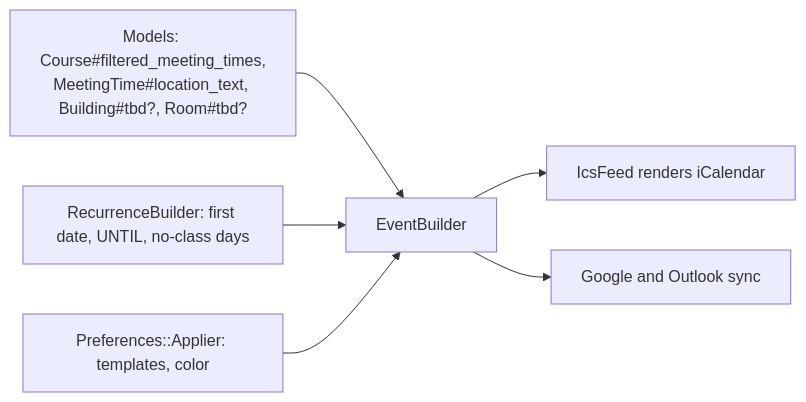
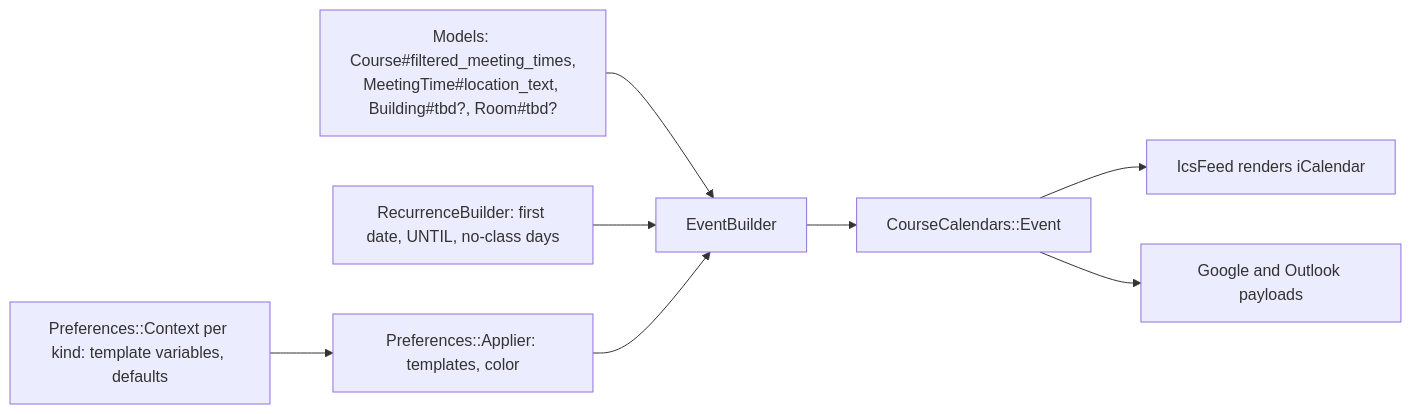
Before and after one commit to WITCodingClub/calendar-backend: the first of 2 diagrams in docs/ics-feed.md, drawn with Mermaid. The commit also changed other lines of this file and 73 other files, not shown here.

First line of the commit message:
refactor: build each calendar event once and share it with the sync and the feed (#1043)

````diff
--- a/docs/ics-feed.md
+++ b/docs/ics-feed.md
@@ -9,8 +9,10 @@
 ```mermaid
 flowchart LR
   M["Models: Course#filtered_meeting_times,<br>MeetingTime#location_text, Building#tbd?, Room#tbd?"] --> EB
   R["RecurrenceBuilder: first date, UNTIL, no-class days"] --> EB["EventBuilder"]
-  P["Preferences::Applier: templates, color"] --> EB
-  EB --> F["IcsFeed renders iCalendar"]
-  EB --> S["Google and Outlook sync"]
+  C["Preferences::Context per kind: template variables, defaults"] --> P["Preferences::Applier: templates, color"]
+  P --> EB
+  EB --> E["CourseCalendars::Event"]
+  E --> F["IcsFeed renders iCalendar"]
+  E --> S["Google and Outlook payloads"]
 ```
````
